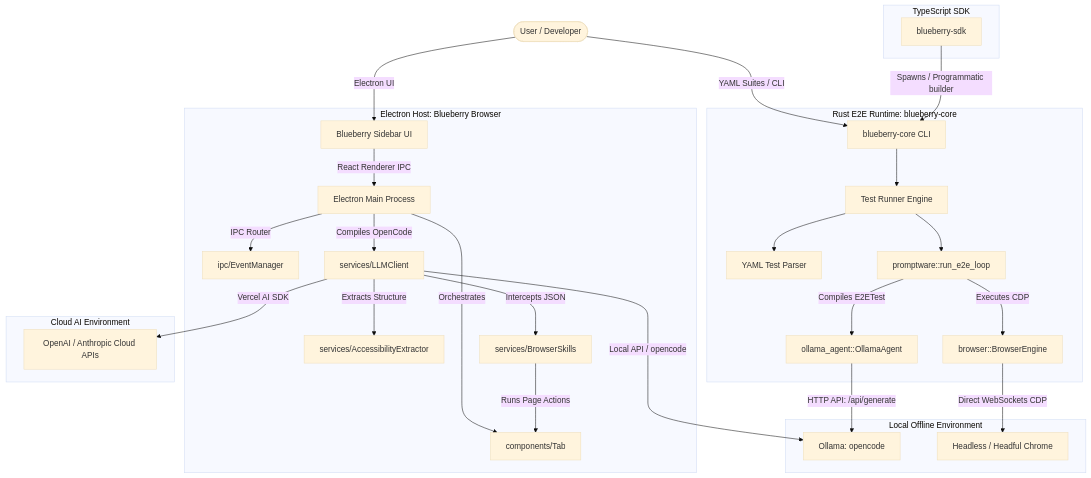
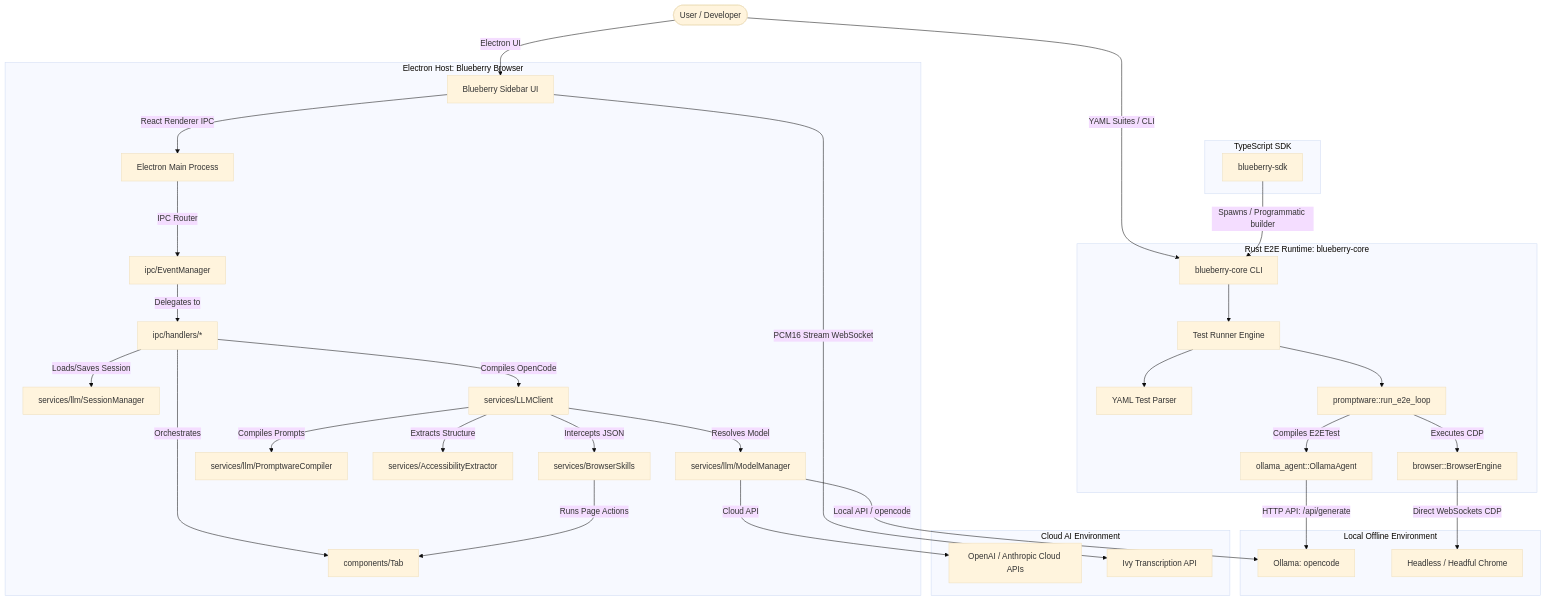
Before and after one commit to rorychatt/blueberry-browser: the diagram in arch.md, drawn with Mermaid (base theme). The commit also changed other lines of this file and 1 other file, not shown here.

Commit message:
docs: rewrite arch.md to reflect current modular architecture and update sidebar chat styles

````diff
--- a/arch.md
+++ b/arch.md
@@ -11,37 +11,42 @@
 ```mermaid
 graph TD
     User([User / Developer]) -->|Electron UI| BrowserUI[Blueberry Sidebar UI]
     User -->|YAML Suites / CLI| CoreCLI[blueberry-core CLI]
 
     subgraph electron_app [Electron Host: Blueberry Browser]
         BrowserUI -->|React Renderer IPC| MainProcess[Electron Main Process]
         MainProcess -->|IPC Router| EventManager[ipc/EventManager]
-        MainProcess -->|Orchestrates| TabComponent[components/Tab]
-        MainProcess -->|Compiles OpenCode| LLMClient[services/LLMClient]
+        EventManager -->|Delegates to| Handlers[ipc/handlers/*]
+        Handlers -->|Orchestrates| TabComponent[components/Tab]
+        Handlers -->|Loads/Saves Session| SessionManager[services/llm/SessionManager]
+        Handlers -->|Compiles OpenCode| LLMClient[services/LLMClient]
+        LLMClient -->|Resolves Model| ModelManager[services/llm/ModelManager]
+        LLMClient -->|Compiles Prompts| PromptwareCompiler[services/llm/PromptwareCompiler]
         LLMClient -->|Extracts Structure| AccessibilityExtractor[services/AccessibilityExtractor]
         LLMClient -->|Intercepts JSON| BrowserSkills[services/BrowserSkills]
         BrowserSkills -->|Runs Page Actions| TabComponent
     end
 
     subgraph Rust E2E Runtime: blueberry-core
         CoreCLI --> Runner[Test Runner Engine]
         Runner --> Parser[YAML Test Parser]
         Runner --> PromptwareRS[promptware::run_e2e_loop]
         PromptwareRS -->|Compiles E2ETest| AgentClient[ollama_agent::OllamaAgent]
         PromptwareRS -->|Executes CDP| Interaction[browser::BrowserEngine]
     end
 
     subgraph local_env [Local Offline Environment]
         AgentClient -->|HTTP API: /api/generate| LocalOllama[Ollama: opencode]
-        LLMClient -->|Local API / opencode| LocalOllama
+        ModelManager -->|Local API / opencode| LocalOllama
         Interaction -->|Direct WebSockets CDP| HeadlessChrome[Headless / Headful Chrome]
     end
 
     subgraph ts_sdk [TypeScript SDK]
         TSSDK[blueberry-sdk] -->|Spawns / Programmatic builder| CoreCLI
     end
 
     subgraph cloud_env [Cloud AI Environment]
-        LLMClient -->|Vercel AI SDK| CloudLLM[OpenAI / Anthropic Cloud APIs]
+        ModelManager -->|Cloud API| CloudLLM[OpenAI / Anthropic Cloud APIs]
+        BrowserUI -->|PCM16 Stream WebSocket| VoiceAPI[Ivy Transcription API]
     end
 ```
````
